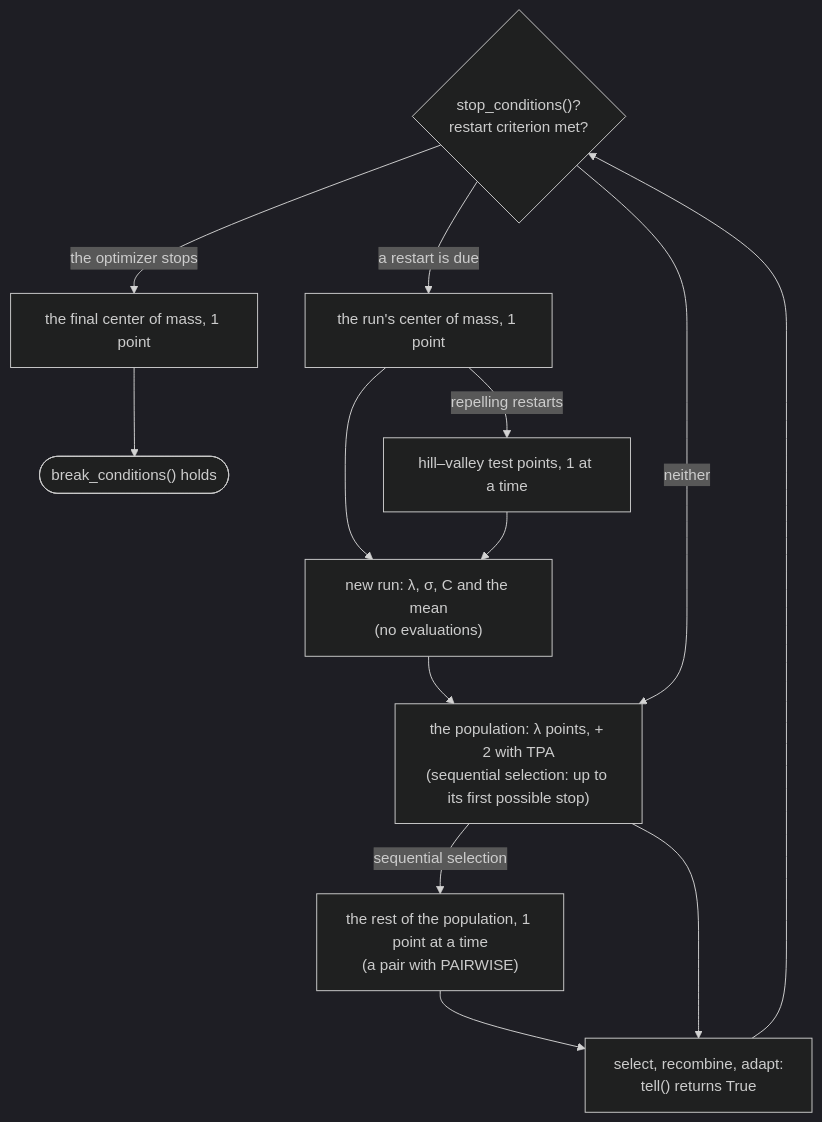
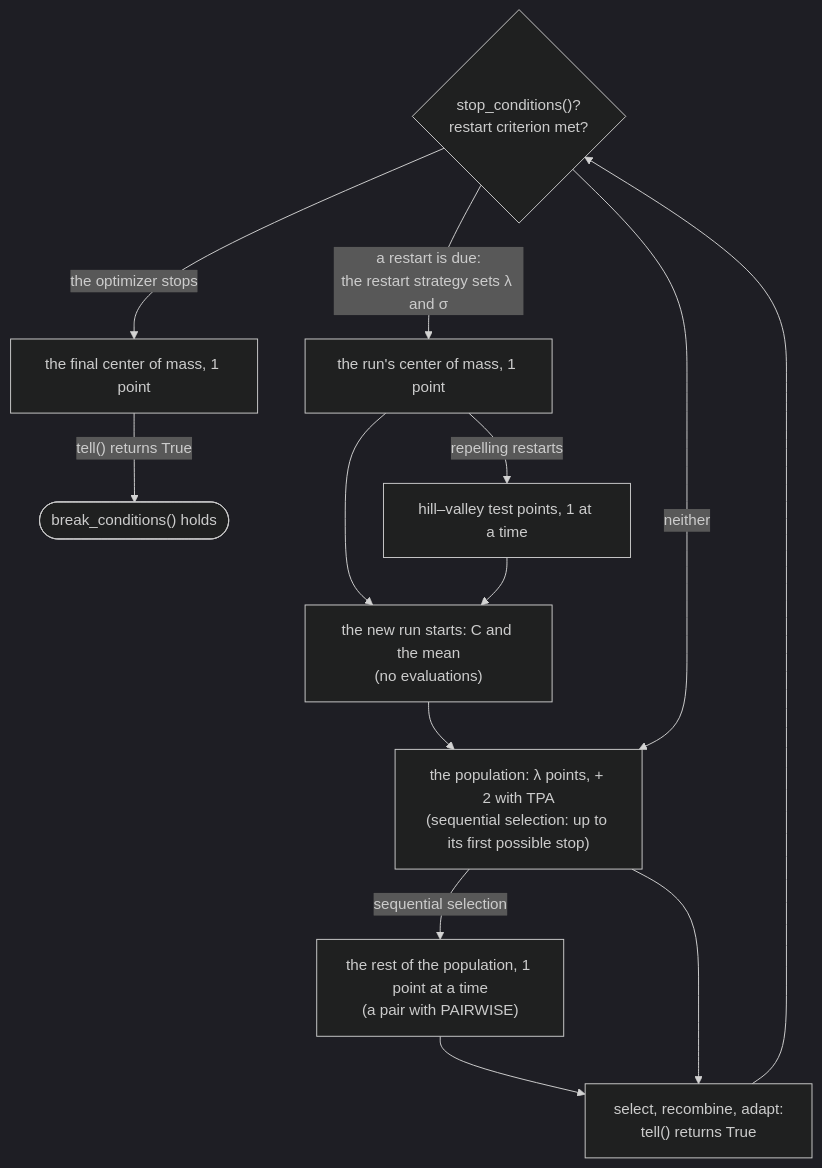
The diagram in docs/getting-started/ask-tell.md (IOHprofiler/ModularCMAES), drawn with Mermaid (dark theme) before and after one commit. The commit also changed other lines of this file and 11 other files, not shown here.

````diff
--- a/docs/getting-started/ask-tell.md
+++ b/docs/getting-started/ask-tell.md
@@ -77,20 +77,21 @@
 ```mermaid
 flowchart TD
     check{"stop_conditions()?<br>restart criterion met?"}
     final["the final center of mass, 1 point"]
     stopped(["break_conditions() holds"])
     com["the run's center of mass, 1 point"]
     hv["hill–valley test points, 1 at a time"]
-    reset["new run: λ, σ, C and the mean<br>(no evaluations)"]
+    reset["the new run starts: C and the mean<br>(no evaluations)"]
     pop["the population: λ points, + 2 with TPA<br>(sequential selection: up to its first possible stop)"]
     rest["the rest of the population, 1 point at a time<br>(a pair with PAIRWISE)"]
     upd["select, recombine, adapt:<br>tell() returns True"]
-    check -- "the optimizer stops" --> final --> stopped
-    check -- "a restart is due" --> com --> reset
+    check -- "the optimizer stops" --> final
+    final -- "tell() returns True" --> stopped
+    check -- "a restart is due:<br>the restart strategy sets λ and σ" --> com --> reset
     com -- "repelling restarts" --> hv --> reset
     reset --> pop
     check -- "neither" --> pop
     pop -- "sequential selection" --> rest --> upd
     pop --> upd
     upd --> check
 ```
````
